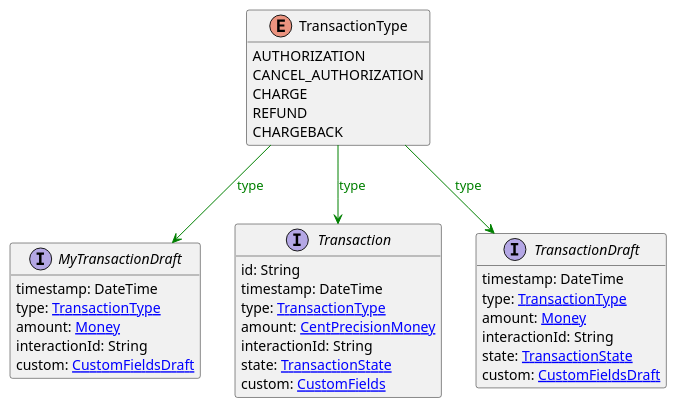
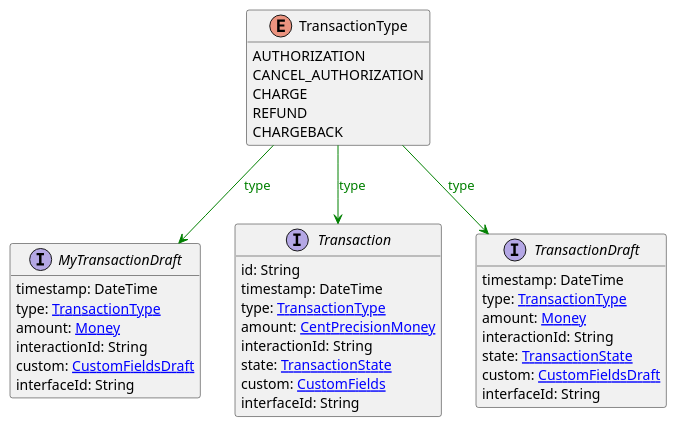
One commit to commercetools/commercetools-api-reference changed the diagram in uml/api/TransactionType.puml. Above: the diagram before and after it, drawn with PlantUML. The commit also changed 33 other files, not shown here.

```diff
--- a/uml/api/TransactionType.puml
+++ b/uml/api/TransactionType.puml
@@ -1,38 +1,41 @@
 @startuml
 
 hide methods
 enum TransactionType {
     AUTHORIZATION
     CANCEL_AUTHORIZATION
     CHARGE
     REFUND
     CHARGEBACK
 }
 interface MyTransactionDraft [[MyTransactionDraft.svg]]  {
     timestamp: DateTime
     type: [[TransactionType.svg TransactionType]]
     amount: [[Money.svg Money]]
     interactionId: String
     custom: [[CustomFieldsDraft.svg CustomFieldsDraft]]
+    interfaceId: String
 }
 interface Transaction [[Transaction.svg]]  {
     id: String
     timestamp: DateTime
     type: [[TransactionType.svg TransactionType]]
     amount: [[CentPrecisionMoney.svg CentPrecisionMoney]]
     interactionId: String
     state: [[TransactionState.svg TransactionState]]
     custom: [[CustomFields.svg CustomFields]]
+    interfaceId: String
 }
 interface TransactionDraft [[TransactionDraft.svg]]  {
     timestamp: DateTime
     type: [[TransactionType.svg TransactionType]]
     amount: [[Money.svg Money]]
     interactionId: String
     state: [[TransactionState.svg TransactionState]]
     custom: [[CustomFieldsDraft.svg CustomFieldsDraft]]
+    interfaceId: String
 }
 TransactionType --> MyTransactionDraft #green;text:green : "type"
 TransactionType --> Transaction #green;text:green : "type"
 TransactionType --> TransactionDraft #green;text:green : "type"
 @enduml
```
